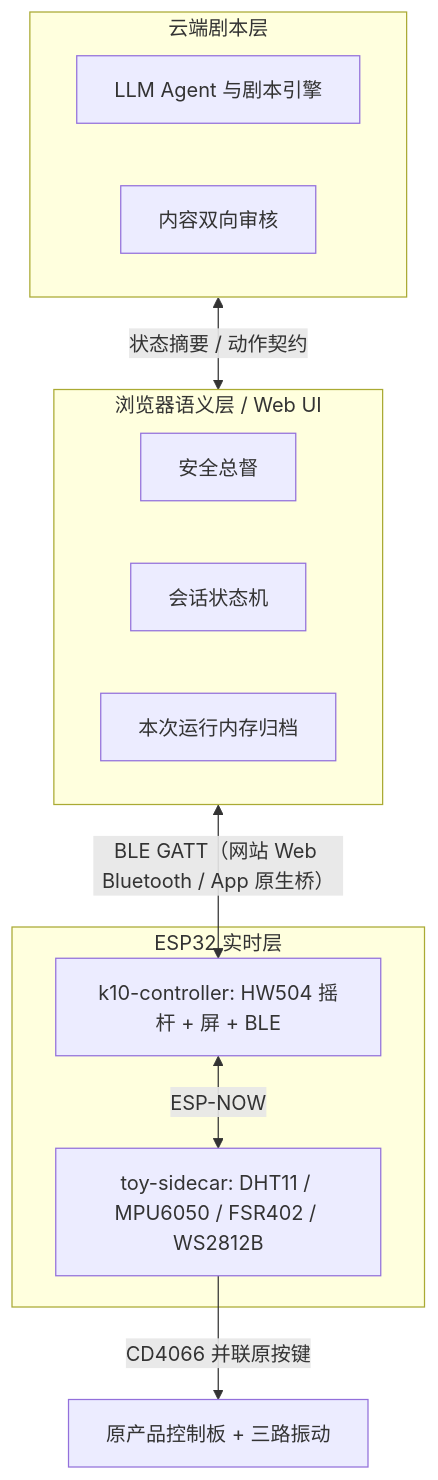
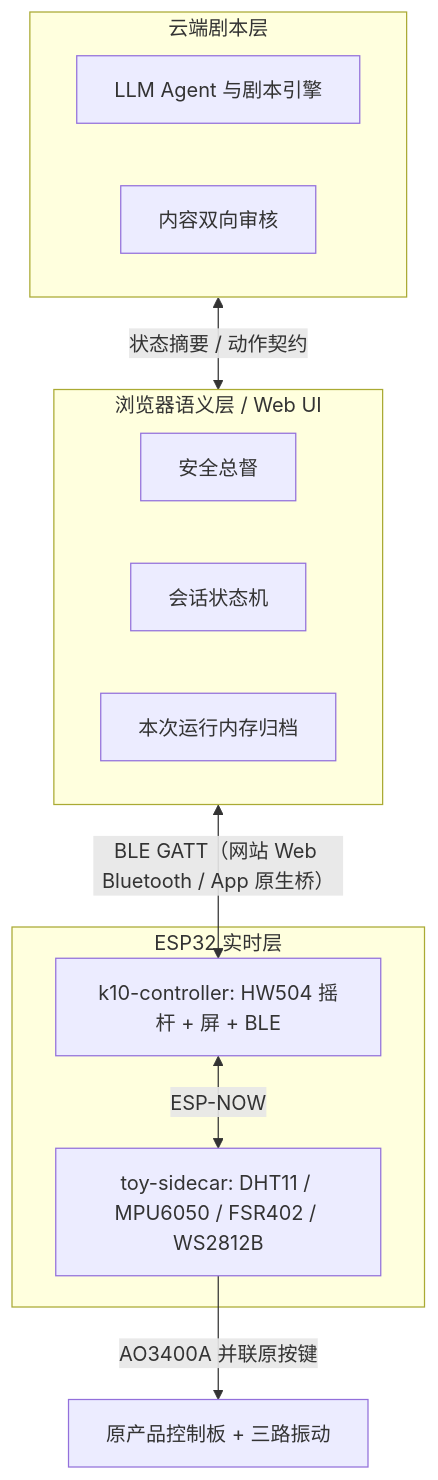
The diagram in README.md (Binomial-distribution/nascent), drawn with Mermaid before and after one commit. The commit also changed other lines of this file and 7 other files, not shown here.

````diff
--- a/README.md
+++ b/README.md
@@ -9,22 +9,22 @@
 ```mermaid
 flowchart TB
   subgraph cloud [云端剧本层]
     LLM["LLM Agent 与剧本引擎"]
     AUD["内容双向审核"]
   end
   subgraph app [浏览器语义层 / Web UI]
     GOV["安全总督"]
     FSM["会话状态机"]
     DB["本次运行内存归档"]
   end
   subgraph fw [ESP32 实时层]
     K10["k10-controller: HW504 摇杆 + 屏 + BLE"]
     Toy["toy-sidecar: DHT11 / MPU6050 / FSR402 / WS2812B"]
   end
   Board["原产品控制板 + 三路振动"]
 
   cloud <-->|"状态摘要 / 动作契约"| app
   app <-->|"BLE GATT（网站 Web Bluetooth / App 原生桥）"| K10
   K10 <-->|"ESP-NOW"| Toy
-  Toy -->|"CD4066 并联原按键"| Board
+  Toy -->|"AO3400A 并联原按键"| Board
 ```
````
